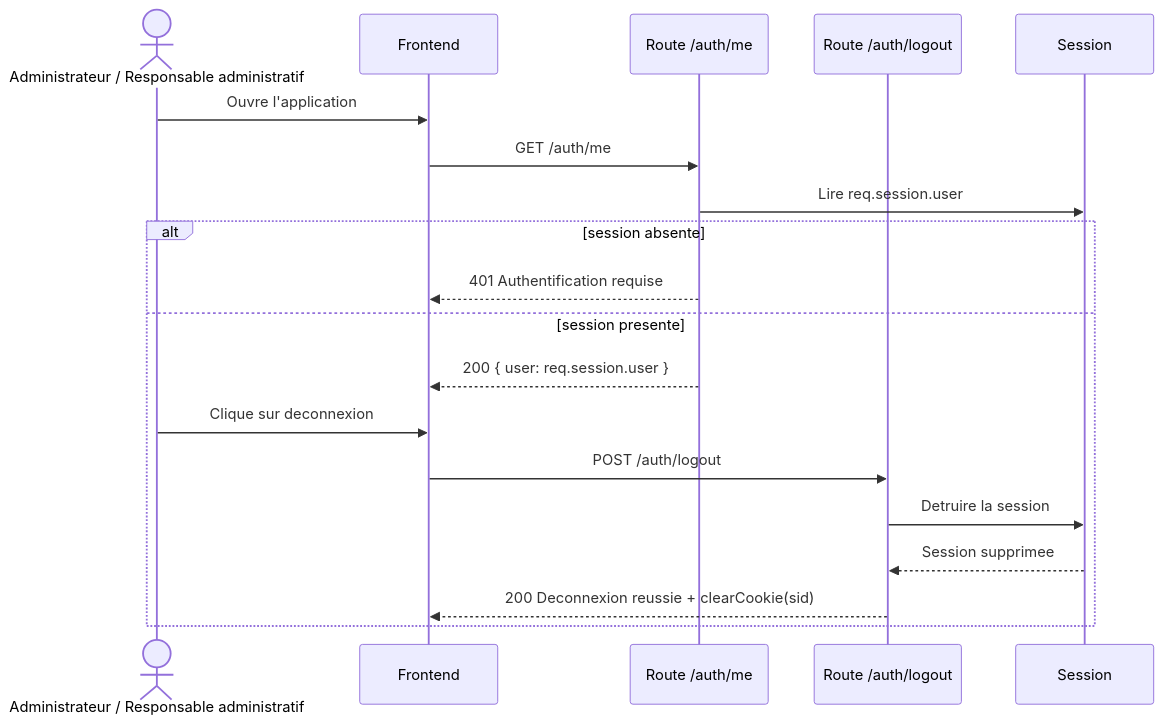
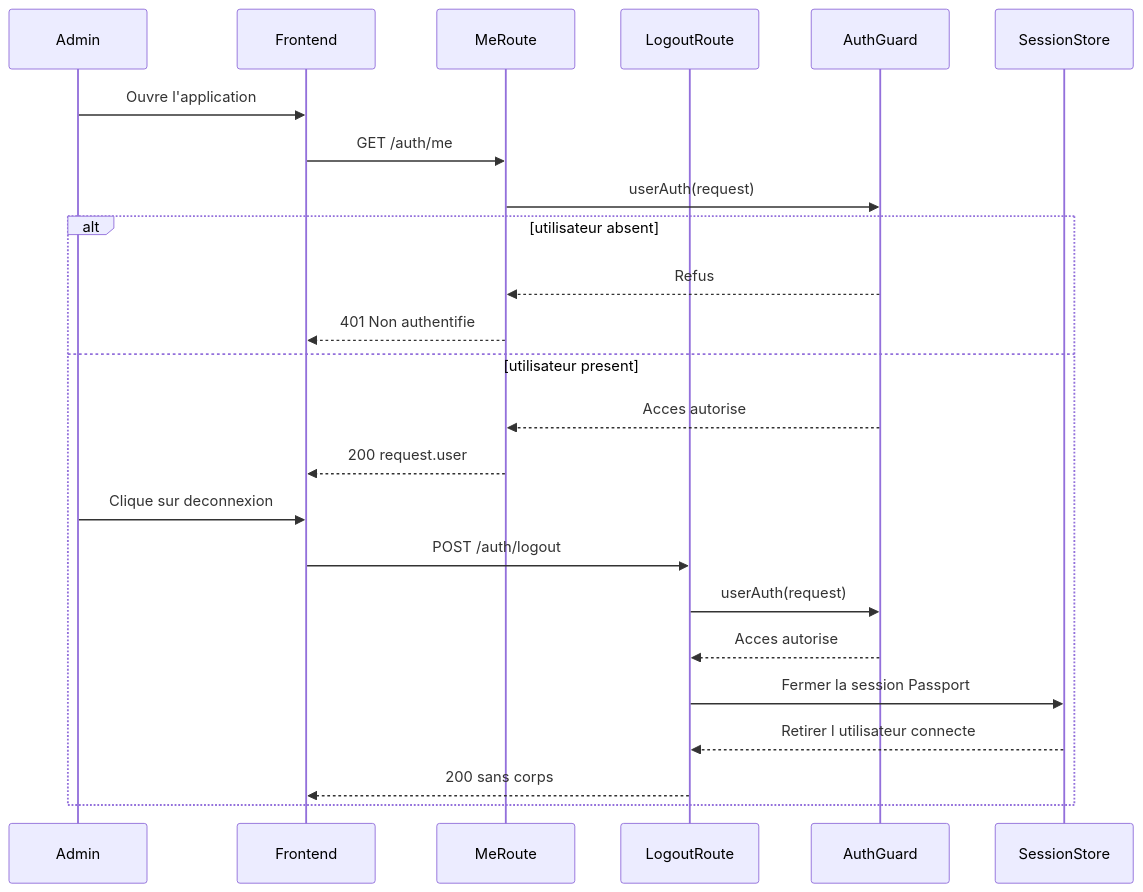
Before and after one commit to saberkara10/Horaire-5: the diagram in documents/diagrammes/auth-session-sequence.mmd, drawn with Mermaid. The commit also changed 2 other files, not shown here.

```diff
--- a/documents/diagrammes/auth-session-sequence.mmd
+++ b/documents/diagrammes/auth-session-sequence.mmd
@@ -1,21 +1,26 @@
 sequenceDiagram
-    actor UtilisateurAdministratif as Administrateur / Responsable administratif
+    participant Admin
     participant Frontend
-    participant RouteMe as Route /auth/me
-    participant RouteLogout as Route /auth/logout
-    participant Session
+    participant MeRoute
+    participant LogoutRoute
+    participant AuthGuard
+    participant SessionStore
 
-    UtilisateurAdministratif->>Frontend: Ouvre l'application
-    Frontend->>RouteMe: GET /auth/me
-    RouteMe->>Session: Lire req.session.user
+    Admin->>Frontend: Ouvre l'application
+    Frontend->>MeRoute: GET /auth/me
+    MeRoute->>AuthGuard: userAuth(request)
 
-    alt session absente
-        RouteMe-->>Frontend: 401 Authentification requise
-    else session presente
-        RouteMe-->>Frontend: 200 { user: req.session.user }
-        UtilisateurAdministratif->>Frontend: Clique sur deconnexion
-        Frontend->>RouteLogout: POST /auth/logout
-        RouteLogout->>Session: Detruire la session
-        Session-->>RouteLogout: Session supprimee
-        RouteLogout-->>Frontend: 200 Deconnexion reussie + clearCookie(sid)
+    alt utilisateur absent
+        AuthGuard-->>MeRoute: Refus
+        MeRoute-->>Frontend: 401 Non authentifie
+    else utilisateur present
+        AuthGuard-->>MeRoute: Acces autorise
+        MeRoute-->>Frontend: 200 request.user
+        Admin->>Frontend: Clique sur deconnexion
+        Frontend->>LogoutRoute: POST /auth/logout
+        LogoutRoute->>AuthGuard: userAuth(request)
+        AuthGuard-->>LogoutRoute: Acces autorise
+        LogoutRoute->>SessionStore: Fermer la session Passport
+        SessionStore-->>LogoutRoute: Retirer l utilisateur connecte
+        LogoutRoute-->>Frontend: 200 sans corps
     end
```
